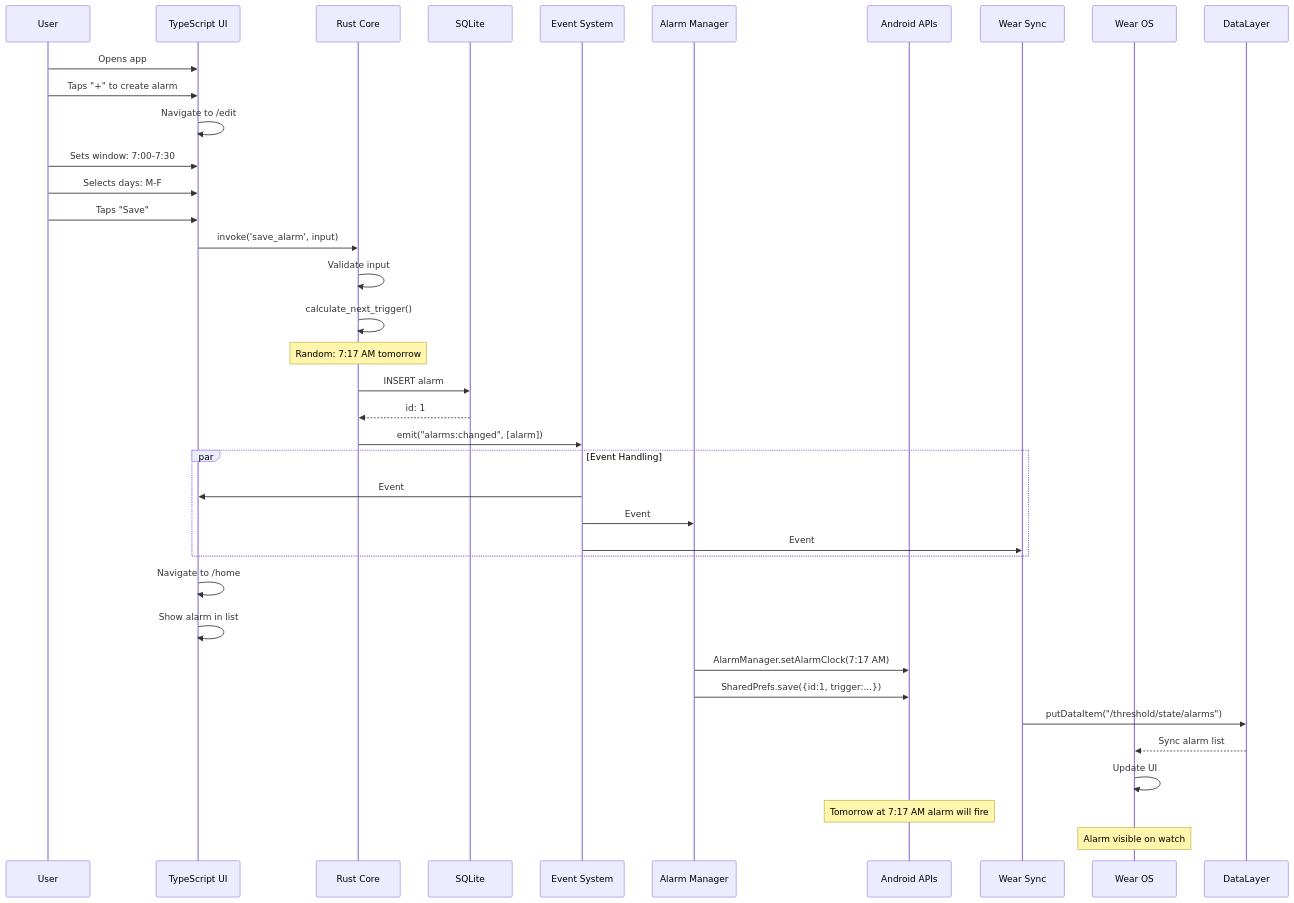
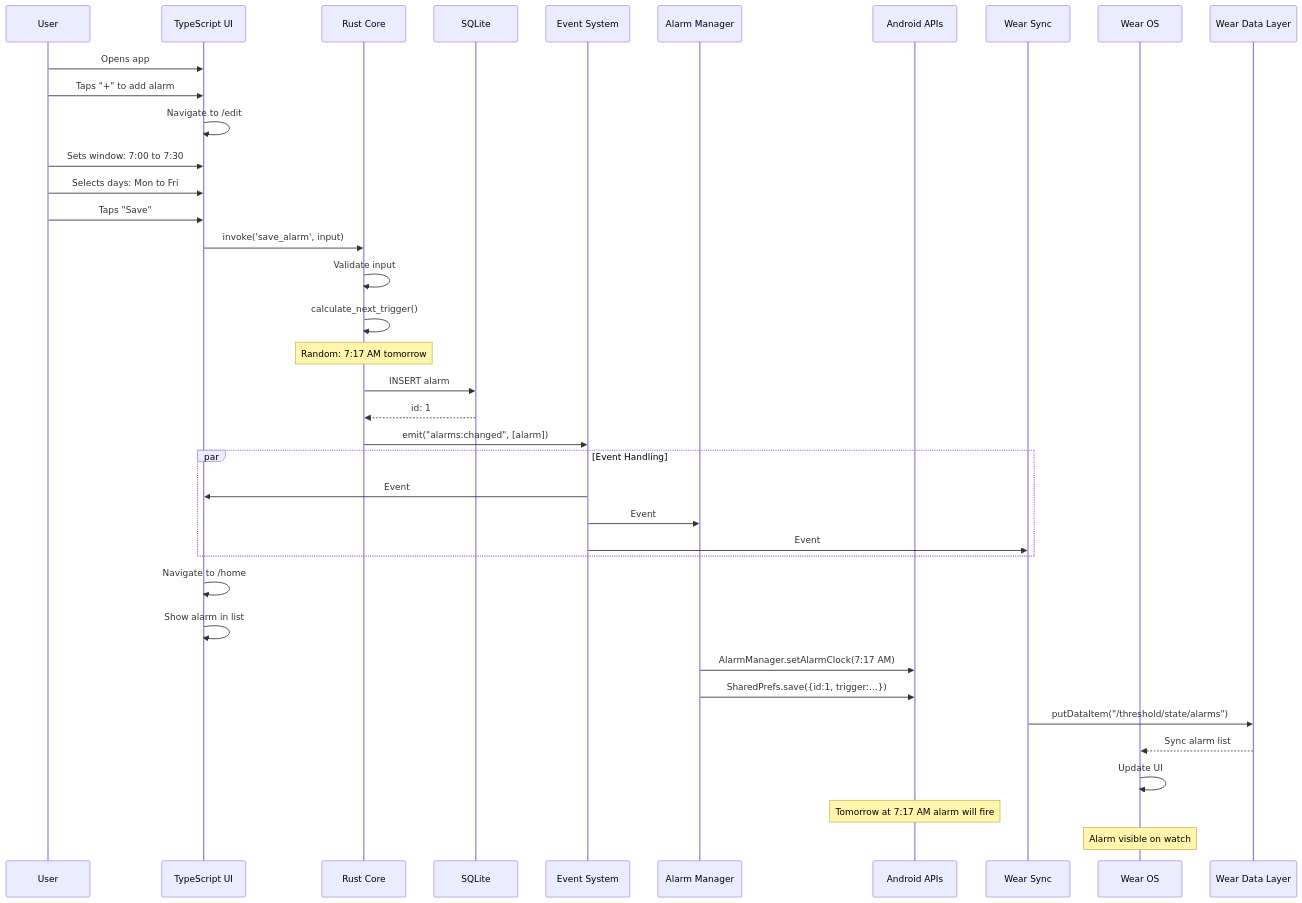
Diagram 21 of 32 in docs/architecture/flow-diagrams.md (liminal-hq/threshold), drawn with Mermaid before and after one commit. The commit also changed other lines of this file, not shown here.

First line of the commit message:
fix: stabilise Mermaid sequence diagrams

````diff
--- a/docs/architecture/flow-diagrams.md
+++ b/docs/architecture/flow-diagrams.md
@@ -743,50 +758,51 @@
 ```mermaid
 sequenceDiagram
     participant User
     participant UI as TypeScript UI
     participant Rust as Rust Core
     participant DB as SQLite
     participant Events as Event System
     participant AlarmMgr as Alarm Manager
     participant Android as Android APIs
     participant WearSync as Wear Sync
     participant Watch as Wear OS
+    participant DataLayer as Wear Data Layer
 
     User->>UI: Opens app
-    User->>UI: Taps "+" to create alarm
+    User->>UI: Taps "+" to add alarm
     UI->>UI: Navigate to /edit
     
-    User->>UI: Sets window: 7:00-7:30
-    User->>UI: Selects days: M-F
+    User->>UI: Sets window: 7:00 to 7:30
+    User->>UI: Selects days: Mon to Fri
     User->>UI: Taps "Save"
     
     UI->>Rust: invoke('save_alarm', input)
     
     Rust->>Rust: Validate input
     Rust->>Rust: calculate_next_trigger()
     Note over Rust: Random: 7:17 AM tomorrow
     
     Rust->>DB: INSERT alarm
     DB-->>Rust: id: 1
     
     Rust->>Events: emit("alarms:changed", [alarm])
     
     par Event Handling
         Events->>UI: Event
         Events->>AlarmMgr: Event
         Events->>WearSync: Event
     end
     
     UI->>UI: Navigate to /home
     UI->>UI: Show alarm in list
     
     AlarmMgr->>Android: AlarmManager.setAlarmClock(7:17 AM)
     AlarmMgr->>Android: SharedPrefs.save({id:1, trigger:...})
     
     WearSync->>DataLayer: putDataItem("/threshold/state/alarms")
     DataLayer-->>Watch: Sync alarm list
     Watch->>Watch: Update UI
     
     Note over Android: Tomorrow at 7:17 AM alarm will fire
     Note over Watch: Alarm visible on watch
 ```
````
